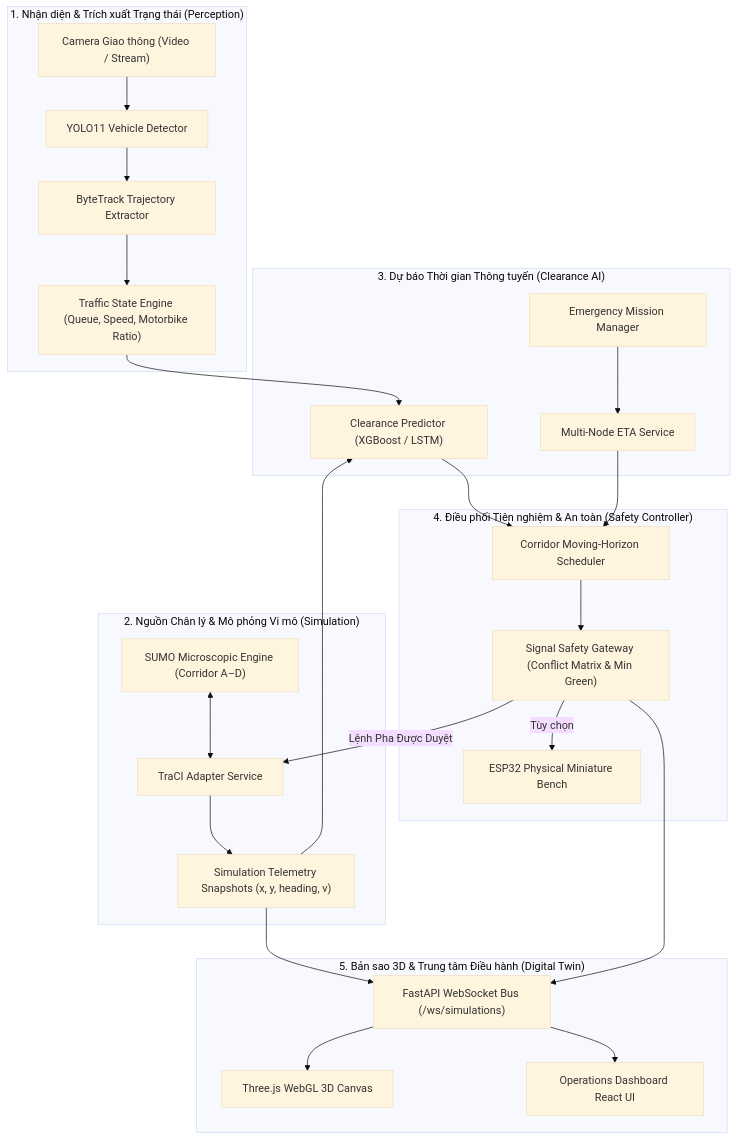
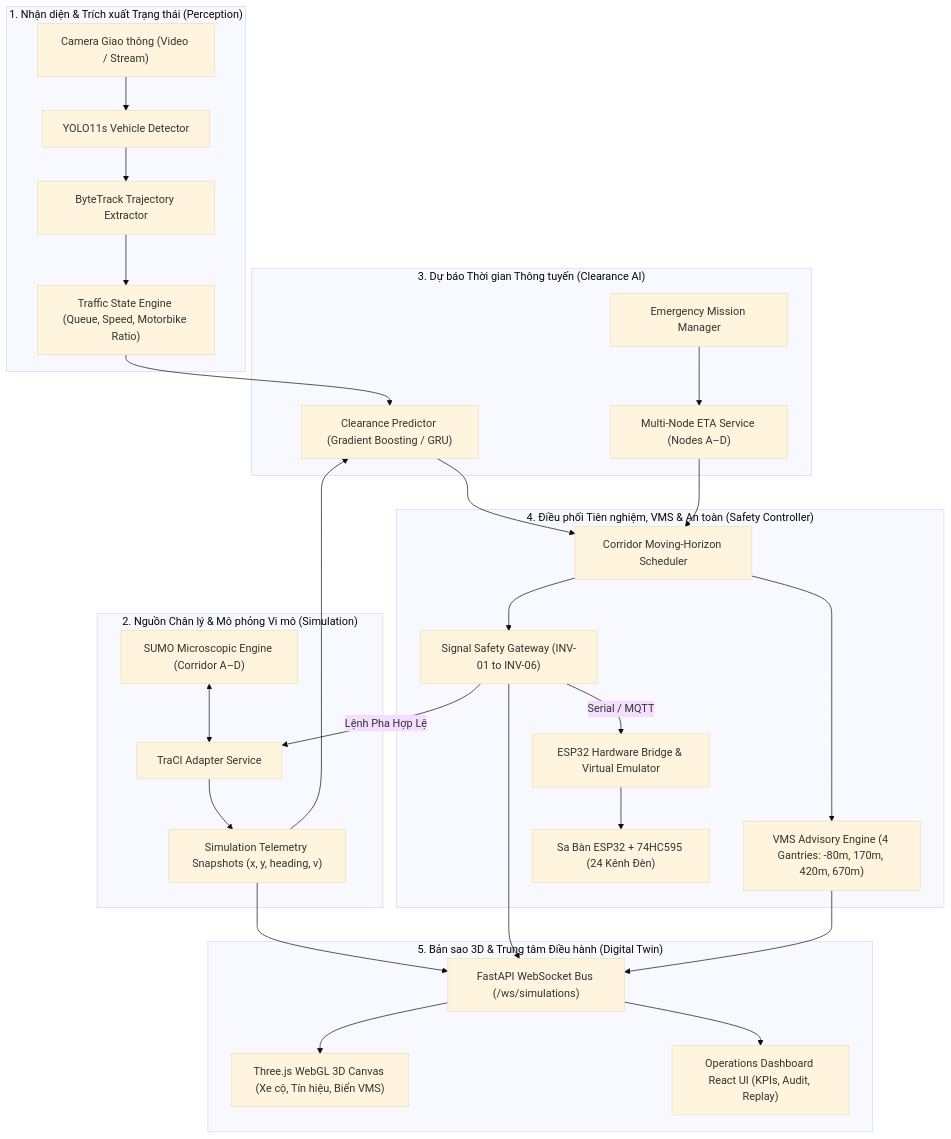
One commit to NguyenTriBaoThang/ClearWayAI changed the diagram in README.md. Above: the diagram before and after it, drawn with Mermaid (base theme). The commit also changed other lines of this file and 11 other files, not shown here.

````diff
--- a/README.md
+++ b/README.md
@@ -54,31 +56,33 @@
 ```mermaid
 flowchart TD
     subgraph SENSING["1. Nhận diện & Trích xuất Trạng thái (Perception)"]
-        CAM["Camera Giao thông (Video / Stream)"] --> YOLO["YOLO11 Vehicle Detector"]
+        CAM["Camera Giao thông (Video / Stream)"] --> YOLO["YOLO11s Vehicle Detector"]
         YOLO --> TRACK["ByteTrack Trajectory Extractor"]
         TRACK --> TRAFFIC_STATE["Traffic State Engine (Queue, Speed, Motorbike Ratio)"]
     end
 
     subgraph SIMULATION["2. Nguồn Chân lý & Mô phỏng Vi mô (Simulation)"]
         SUMO["SUMO Microscopic Engine (Corridor A–D)"] <--> TRACI["TraCI Adapter Service"]
         TRACI --> SNAPSHOTS["Simulation Telemetry Snapshots (x, y, heading, v)"]
     end
 
     subgraph AI_PREDICTION["3. Dự báo Thời gian Thông tuyến (Clearance AI)"]
-        TRAFFIC_STATE & SNAPSHOTS --> CLEAR_MODEL["Clearance Predictor (XGBoost / LSTM)"]
-        MISSION_MGR["Emergency Mission Manager"] --> ETA_CALC["Multi-Node ETA Service"]
+        TRAFFIC_STATE & SNAPSHOTS --> CLEAR_MODEL["Clearance Predictor (Gradient Boosting / GRU)"]
+        MISSION_MGR["Emergency Mission Manager"] --> ETA_CALC["Multi-Node ETA Service (Nodes A–D)"]
     end
 
-    subgraph COORDINATION["4. Điều phối Tiên nghiệm & An toàn (Safety Controller)"]
+    subgraph COORDINATION["4. Điều phối Tiên nghiệm, VMS & An toàn (Safety Controller)"]
         CLEAR_MODEL & ETA_CALC --> SCHEDULER["Corridor Moving-Horizon Scheduler"]
-        SCHEDULER --> GATEWAY["Signal Safety Gateway (Conflict Matrix & Min Green)"]
-        GATEWAY -->|Lệnh Pha Được Duyệt| TRACI
-        GATEWAY -->|Tùy chọn| HARDWARE["ESP32 Physical Miniature Bench"]
+        SCHEDULER --> GATEWAY["Signal Safety Gateway (INV-01 to INV-06)"]
+        SCHEDULER --> VMS_MGR["VMS Advisory Engine (4 Gantries: -80m, 170m, 420m, 670m)"]
+        GATEWAY -->|Lệnh Pha Hợp Lệ| TRACI
+        GATEWAY -->|Serial / MQTT| HW_BRIDGE["ESP32 Hardware Bridge & Virtual Emulator"]
+        HW_BRIDGE --> PHYSICAL_LEDS["Sa Bàn ESP32 + 74HC595 (24 Kênh Đèn)"]
     end
 
     subgraph DIGITAL_TWIN["5. Bản sao 3D & Trung tâm Điều hành (Digital Twin)"]
-        SNAPSHOTS & GATEWAY --> WS_BUS["FastAPI WebSocket Bus (/ws/simulations)"]
-        WS_BUS --> THREE_JS["Three.js WebGL 3D Canvas"]
-        WS_BUS --> DASHBOARD["Operations Dashboard React UI"]
+        SNAPSHOTS & GATEWAY & VMS_MGR --> WS_BUS["FastAPI WebSocket Bus (/ws/simulations)"]
+        WS_BUS --> THREE_JS["Three.js WebGL 3D Canvas (Xe cộ, Tín hiệu, Biển VMS)"]
+        WS_BUS --> DASHBOARD["Operations Dashboard React UI (KPIs, Audit, Replay)"]
     end
 ```
````
